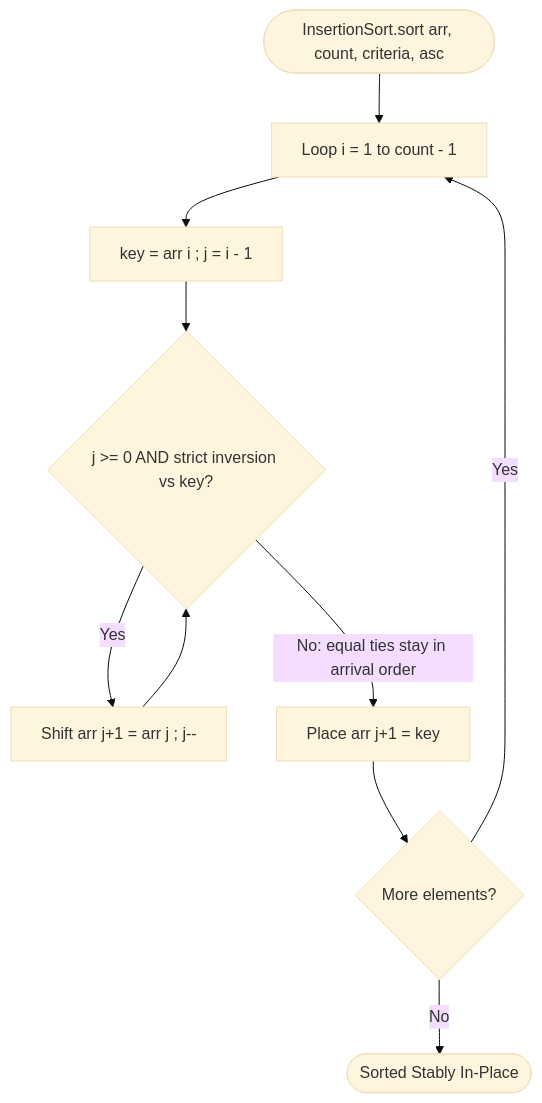
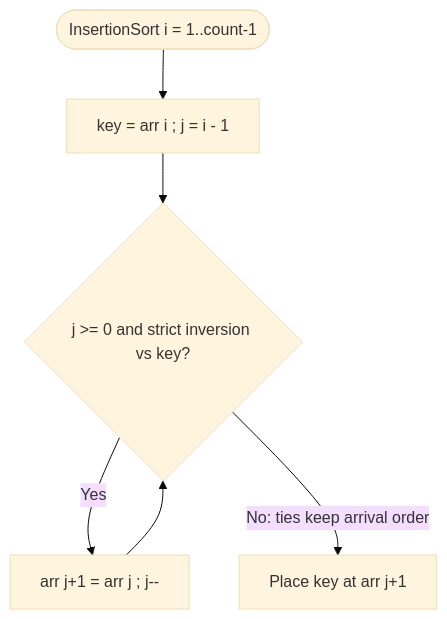
Before and after one commit to JeptahIldefonso/Group1_E-Commerce_Logistics-Hub: the third of 3 diagrams in docs/TECHNICAL_DOCUMENTATION.md, drawn with Mermaid (base theme). The commit also changed other lines of this file and 2 other files, not shown here.

Commit message:
docs: rewrite README and technical documentation in plain, natural language with visual diagrams

````diff
--- a/docs/TECHNICAL_DOCUMENTATION.md
+++ b/docs/TECHNICAL_DOCUMENTATION.md
@@ -321,11 +181,7 @@
 ```mermaid
 flowchart TD
-    I([InsertionSort.sort arr, count, criteria, asc]) --> LOOP[Loop i = 1 to count - 1]
-    LOOP --> KEY[key = arr i ; j = i - 1]
-    KEY --> CMP{j >= 0 AND strict inversion vs key?}
-    CMP -->|Yes| SHIFT[Shift arr j+1 = arr j ; j--] --> CMP
-    CMP -->|No: equal ties stay in arrival order| PLACE[Place arr j+1 = key]
-    PLACE --> NEXT{More elements?}
-    NEXT -->|Yes| LOOP
-    NEXT -->|No| IDONE([Sorted Stably In-Place])
+    I([InsertionSort i = 1..count-1]) --> K[key = arr i ; j = i - 1]
+    K --> C{j >= 0 and strict inversion vs key?}
+    C -->|Yes| SH[arr j+1 = arr j ; j--] --> C
+    C -->|No: ties keep arrival order| PL[Place key at arr j+1]
 ```
````
